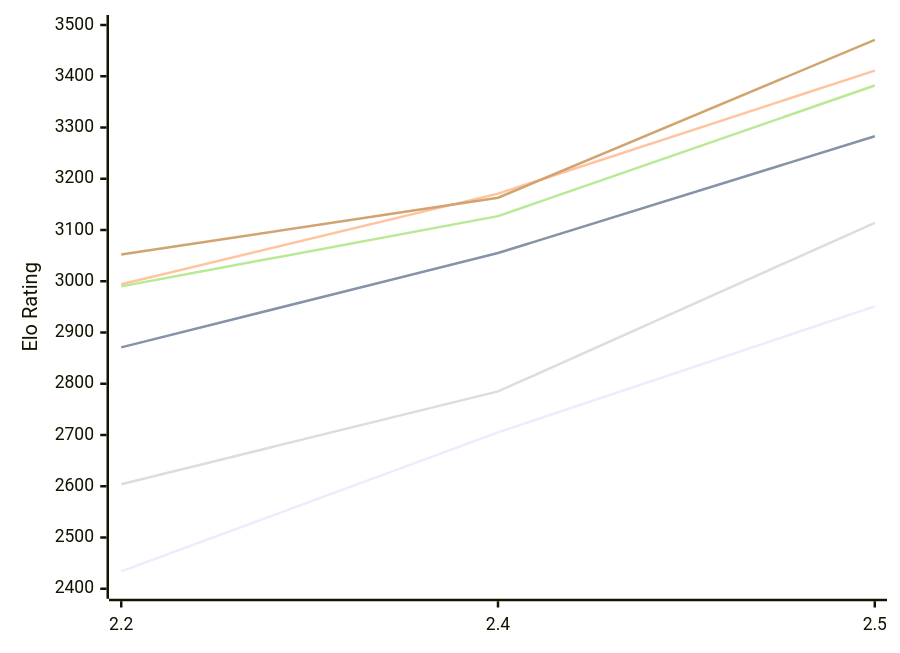
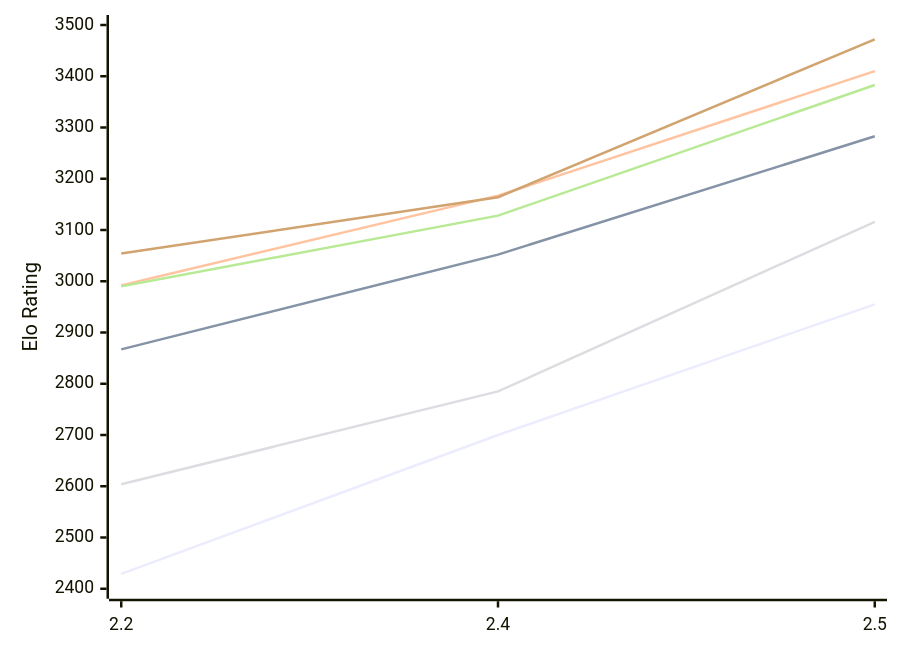
One commit to computer-chess-index/cci changed the first of 2 diagrams in engines/Sloth.md. Above: the diagram before and after it, drawn with Mermaid. The commit also changed other lines of this file, not shown here.

Commit message:
Update CCI Ratings (ELO VLTC) - 2026-11-09

````diff
--- a/engines/Sloth.md
+++ b/engines/Sloth.md
@@ -52,12 +52,12 @@
 ```mermaid
 %%{init: {"theme":"base","themeVariables":{"seriesColors:['#a3a3a3','#222221','#faa371']}}}%%
 xychart-beta
   x-axis ["2.2", "2.4", "2.5"]
   y-axis "Elo Rating" 2400 --> 3500
-  line "E1: STC (8.0+0.08s)" [2434, 2705, 2951]
-  line "E1: LTC (60.0+0.60s)" [2871, 3055, 3283]
-  line "E1: VLTC (2m24s+1.12s)" [2994, 3171, 3411]
-  line "P1: STC (8.0+0.08s)" [2604, 2785, 3114]
-  line "P1: LTC (60.0+0.60s)" [2990, 3127, 3382]
-  line "P1: VLTC (2m24s+1.12s)" [3052, 3163, 3471]
+  line "E1: STC (8.0+0.08s)" [2429, 2700, 2955]
+  line "E1: LTC (60.0+0.60s)" [2867, 3052, 3283]
+  line "E1: VLTC (2m24s+1.12s)" [2992, 3167, 3410]
+  line "P1: STC (8.0+0.08s)" [2604, 2785, 3116]
+  line "P1: LTC (60.0+0.60s)" [2990, 3128, 3383]
+  line "P1: VLTC (2m24s+1.12s)" [3054, 3164, 3472]
 ```
````
